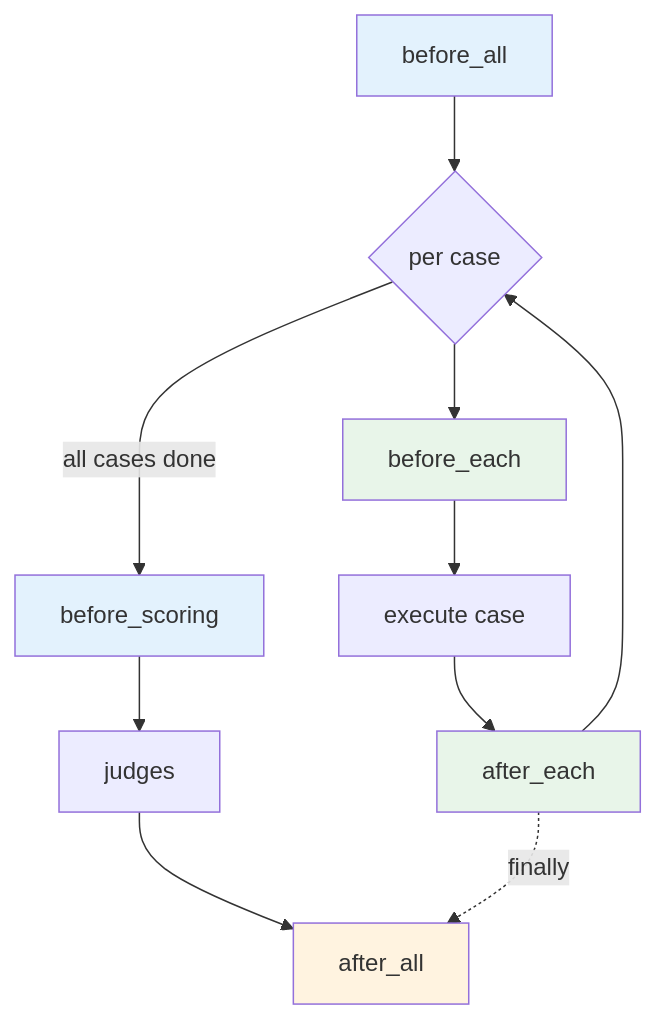
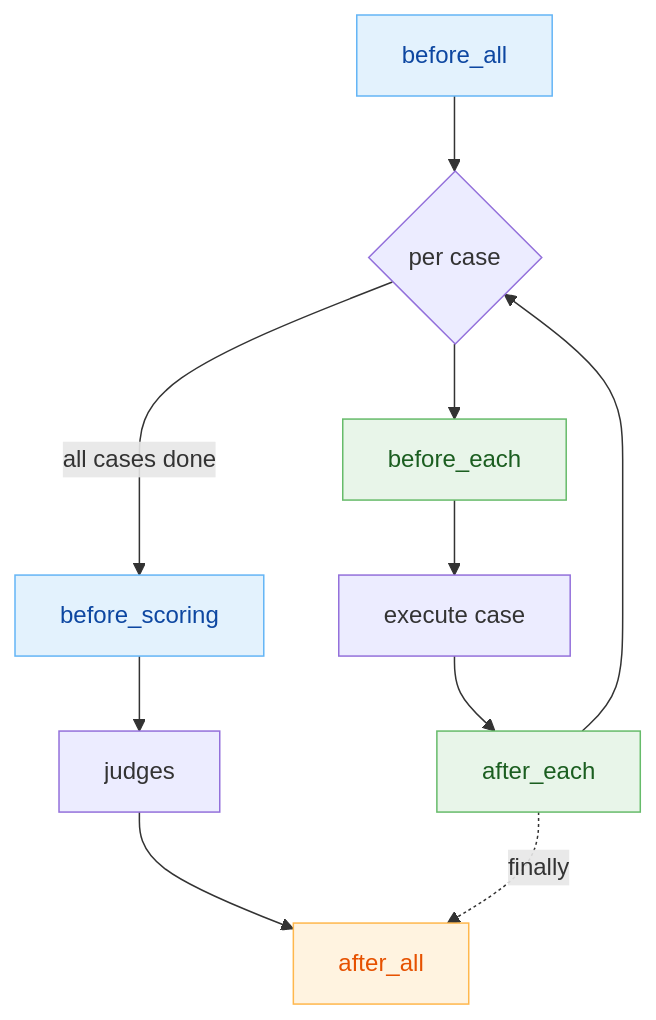
Before and after one commit to GuyZivRH/agent-eval-harness: the diagram in website/concepts/lifecycle-hooks.md, drawn with Mermaid. The commit also changed 1 other file, not shown here.

Commit message:
docs: fix Mermaid node contrast in dark mode by pinning label colors
Two diagrams (lifecycle-hooks 'five phases', pipeline 'the flow') hardcoded light
pastel node fills (style fill:#e3f2fd etc. / classDef opt fill:#f5f5f5) but no
text color. Material renders Mermaid in a closed shadow DOM and makes the node
label color theme-adaptive (.nodeLabel{color:var(--md-mermaid-label-fg-color)},
which is the light code-fg in dark mode) — so in dark mode the text turned light
and washed out on those fixed light fills.

Since the SVG is in a closed shadow root, page CSS can't reach it; the only
per-node lever is the diagram source. Mermaid emits a style/classDef color: as an
inline 'color:… !important' on the label span, which overrides Material's rule, so
pin a dark text color (+ matching stroke) on every filled node. Result reads
correctly in BOTH themes (dark text on light pastel) with no light-mode change.

Verified: mermaid-cli renders both on a dark background with dark, legible text on
every colored node (blue/green/orange phases; gray optional steps); build --strict
green. Prevention noted inline: any hardcoded Mermaid fill must also set color:.

````diff
--- a/website/concepts/lifecycle-hooks.md
+++ b/website/concepts/lifecycle-hooks.md
@@ -26,13 +26,17 @@
 ```mermaid
 flowchart TD
     A[before_all] --> B{per case}
     B --> C[before_each] --> D[execute case] --> E[after_each]
     E --> B
     B -->|all cases done| F[before_scoring] --> G[judges] --> H[after_all]
     E -.finally.-> H
-    style A fill:#e3f2fd
-    style F fill:#e3f2fd
-    style H fill:#fff3e0
-    style C fill:#e8f5e9
-    style E fill:#e8f5e9
+    %% Pin an explicit text color + stroke on every filled node. Material makes
+    %% node label text theme-adaptive (light in dark mode), which would be
+    %% unreadable on these fixed light fills; a per-node color: (emitted as an
+    %% inline !important) keeps them legible in BOTH light and dark themes.
+    style A fill:#e3f2fd,stroke:#64b5f6,color:#0d47a1
+    style F fill:#e3f2fd,stroke:#64b5f6,color:#0d47a1
+    style H fill:#fff3e0,stroke:#ffb74d,color:#e65100
+    style C fill:#e8f5e9,stroke:#66bb6a,color:#1b5e20
+    style E fill:#e8f5e9,stroke:#66bb6a,color:#1b5e20
 ```
````
